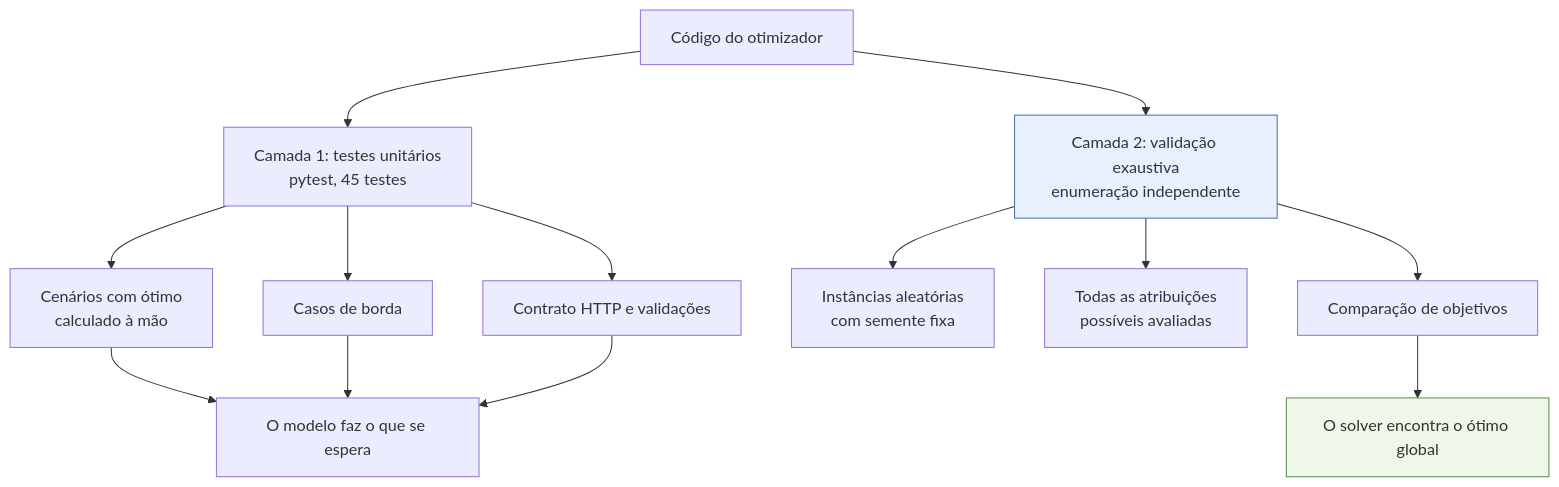
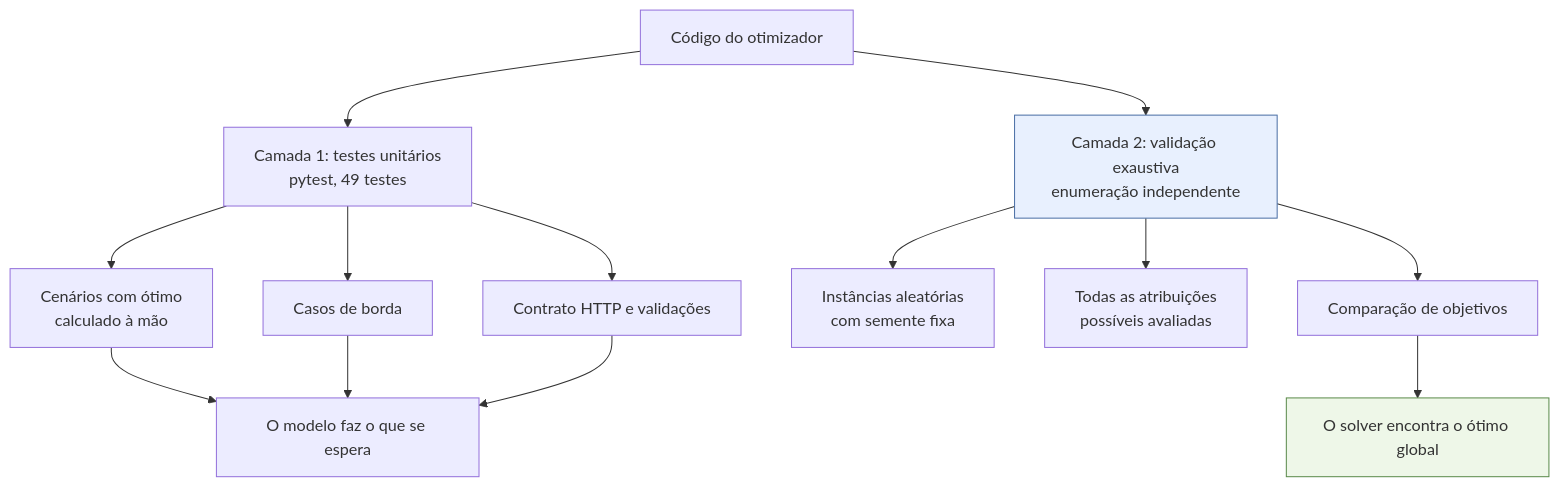
One commit to chroanz/sad-tcc changed the first of 3 diagrams in modelo/docs/validacao-e-testes.md. Above: the diagram before and after it, drawn with Mermaid. The commit also changed other lines of this file and 13 other files, not shown here.

````diff
--- a/modelo/docs/validacao-e-testes.md
+++ b/modelo/docs/validacao-e-testes.md
@@ -8,21 +8,21 @@
 ```mermaid
 flowchart TD
-    A["Código do otimizador"] --> B["Camada 1: testes unitários<br/>pytest, 45 testes"]
+    A["Código do otimizador"] --> B["Camada 1: testes unitários<br/>pytest, 49 testes"]
     A --> C["Camada 2: validação exaustiva<br/>enumeração independente"]
 
     B --> B1["Cenários com ótimo<br/>calculado à mão"]
     B --> B2["Casos de borda"]
     B --> B3["Contrato HTTP e validações"]
 
     C --> C1["Instâncias aleatórias<br/>com semente fixa"]
     C --> C2["Todas as atribuições<br/>possíveis avaliadas"]
     C --> C3["Comparação de objetivos"]
 
     B1 --> D["O modelo faz o que se espera"]
     B2 --> D
     B3 --> D
     C3 --> E["O solver encontra o ótimo global"]
 
     style C fill:#e8f0fe,stroke:#4a6fa5
     style E fill:#eef7e8,stroke:#5a8a4a
 ```
````
